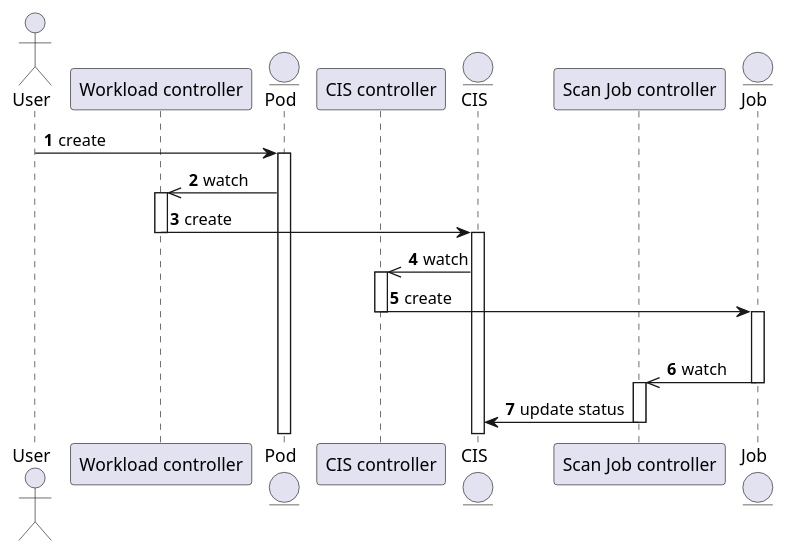
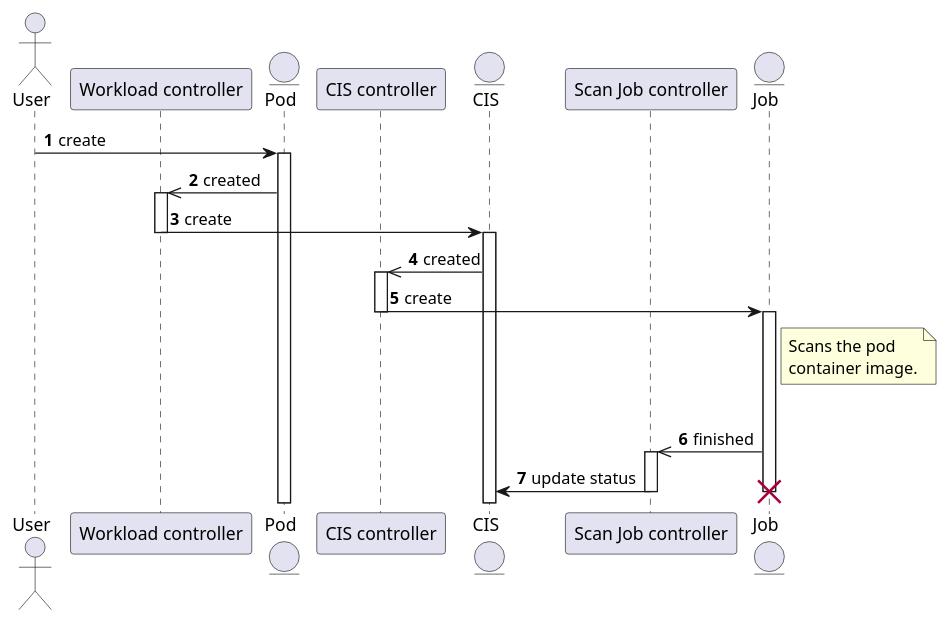
One commit to statnett/image-scanner-operator changed the diagram in docs/scan-sequence.puml. Above: the diagram before and after it, drawn with PlantUML.

Commit message:
some more tuning

```diff
--- a/docs/scan-sequence.puml
+++ b/docs/scan-sequence.puml
@@ -1,35 +1,39 @@
 @startuml
 autonumber
 
 actor       User       as user
 participant "Workload controller" as wc
 entity      Pod      as pod
 participant "CIS controller" as cc
 entity      CIS      as cis
 participant "Scan Job controller" as jc
 entity      Job      as job
 
 user -> pod : create
 activate pod 
 
-wc <<- pod : watch
+wc <<- pod :created
 activate wc
 wc -> cis : create
 deactivate wc
 activate cis
 
-cc <<- cis : watch
+cc <<- cis : created
 activate cc
 cc -> job : create
+note right of job
+Scans the pod
+container image.
+end note
 deactivate cc
 activate job
 
 |||
 
-jc <<- job: watch
-deactivate job
+jc <<- job: finished
 activate jc
 jc -> cis : update status
 deactivate jc
+destroy job
 
 @enduml
```
